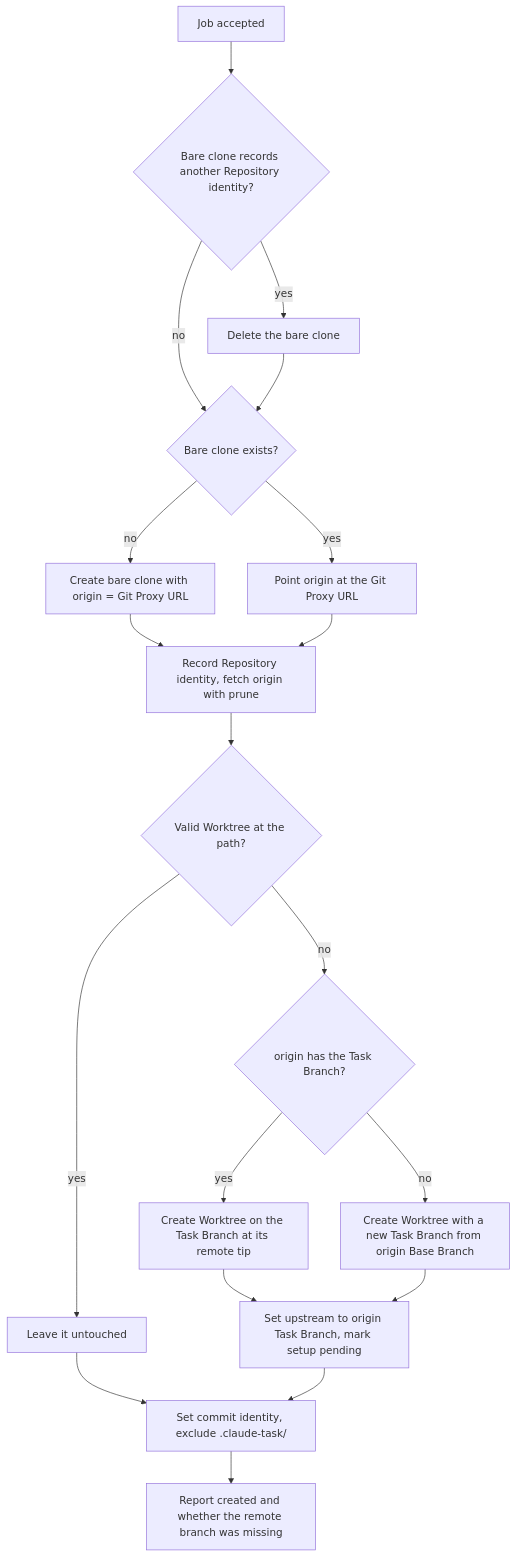
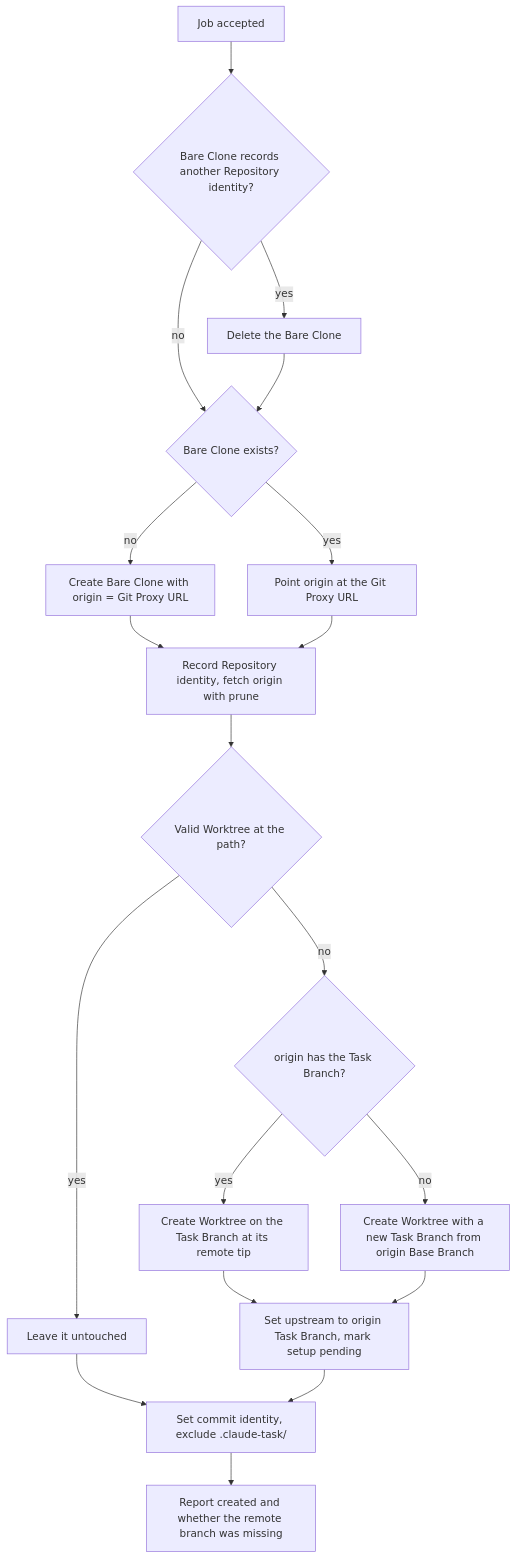
Before and after one commit to mceck/claude-task: the second of 4 diagrams in docs/specs/git-integration.md, drawn with Mermaid. The commit also changed other lines of this file and 95 other files, not shown here.

````diff
--- a/docs/specs/git-integration.md
+++ b/docs/specs/git-integration.md
@@ -169,21 +171,21 @@
 ```mermaid
 flowchart TD
-  A[Job accepted] --> B{Bare clone records another Repository identity?}
-  B -->|yes| C[Delete the bare clone]
-  B -->|no| D{Bare clone exists?}
+  A[Job accepted] --> B{Bare Clone records another Repository identity?}
+  B -->|yes| C[Delete the Bare Clone]
+  B -->|no| D{Bare Clone exists?}
   C --> D
-  D -->|no| E[Create bare clone with origin = Git Proxy URL]
+  D -->|no| E[Create Bare Clone with origin = Git Proxy URL]
   D -->|yes| F[Point origin at the Git Proxy URL]
   E --> G[Record Repository identity, fetch origin with prune]
   F --> G
   G --> H{Valid Worktree at the path?}
   H -->|yes| I[Leave it untouched]
   H -->|no| J{origin has the Task Branch?}
   J -->|yes| K[Create Worktree on the Task Branch at its remote tip]
   J -->|no| L[Create Worktree with a new Task Branch from origin Base Branch]
   K --> M[Set upstream to origin Task Branch, mark setup pending]
   L --> M
   I --> N[Set commit identity, exclude .claude-task/]
   M --> N
   N --> O[Report created and whether the remote branch was missing]
 ```
````
